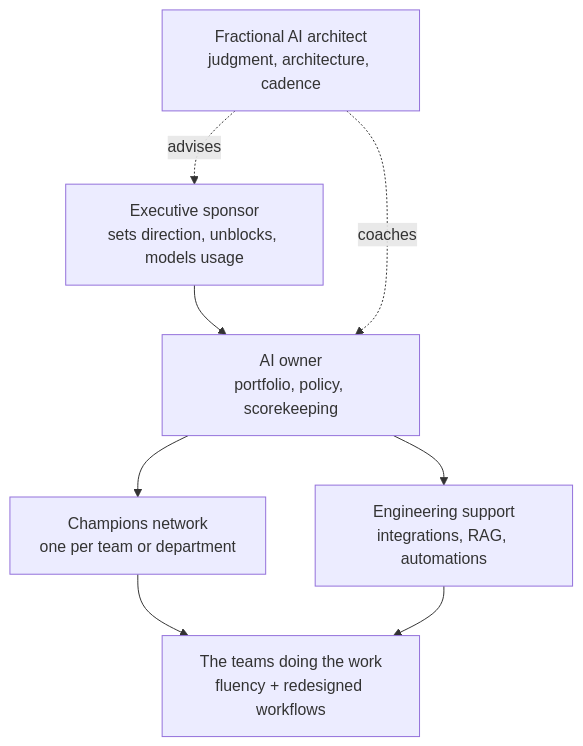
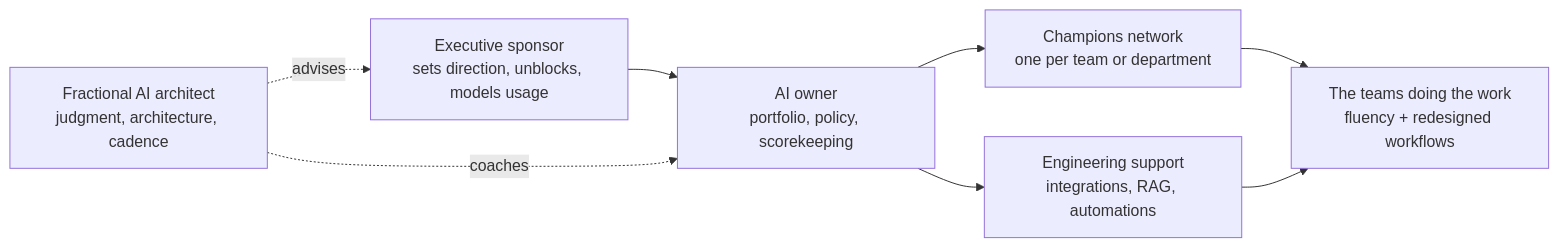
One commit to michem/ai_consulting changed the second of 2 diagrams in content/getting-started-with-ai.md. Above: the diagram before and after it, drawn with Mermaid. The commit also changed other lines of this file, not shown here.

````diff
--- a/content/getting-started-with-ai.md
+++ b/content/getting-started-with-ai.md
@@ -105,10 +96,10 @@
 ```mermaid
-flowchart TB
+flowchart LR
     S["Executive sponsor<br/>sets direction, unblocks, models usage"] --> O["AI owner<br/>portfolio, policy, scorekeeping"]
     ARCH["Fractional AI architect<br/>judgment, architecture, cadence"] -. advises .-> S
     ARCH -. coaches .-> O
     O --> C["Champions network<br/>one per team or department"]
     O --> E["Engineering support<br/>integrations, RAG, automations"]
     C --> T["The teams doing the work<br/>fluency + redesigned workflows"]
     E --> T
 ```
````
